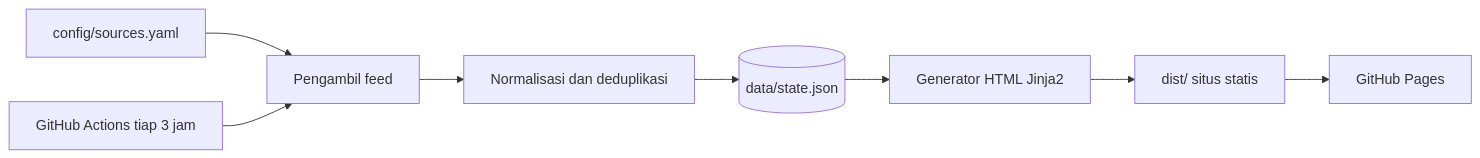
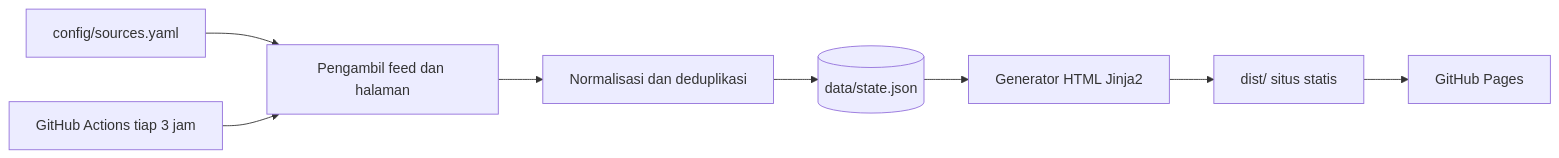
One commit to warta-hayati/warta-hayati.github.io changed the diagram in README.md. Above: the diagram before and after it, drawn with Mermaid. The commit also changed other lines of this file, not shown here.

Commit message:
Perbarui README dengan pengambil halaman daftar berita

````diff
--- a/README.md
+++ b/README.md
@@ -27,10 +27,10 @@
 ```mermaid
 flowchart LR
-    CFG[config/sources.yaml] --> FET[Pengambil feed]
+    CFG[config/sources.yaml] --> FET[Pengambil feed dan halaman]
     CRON[GitHub Actions tiap 3 jam] --> FET
     FET --> NRM[Normalisasi dan deduplikasi]
     NRM --> ST[(data/state.json)]
     ST --> GEN[Generator HTML Jinja2]
     GEN --> DST[dist/ situs statis]
     DST --> PG[GitHub Pages]
 ```
````
